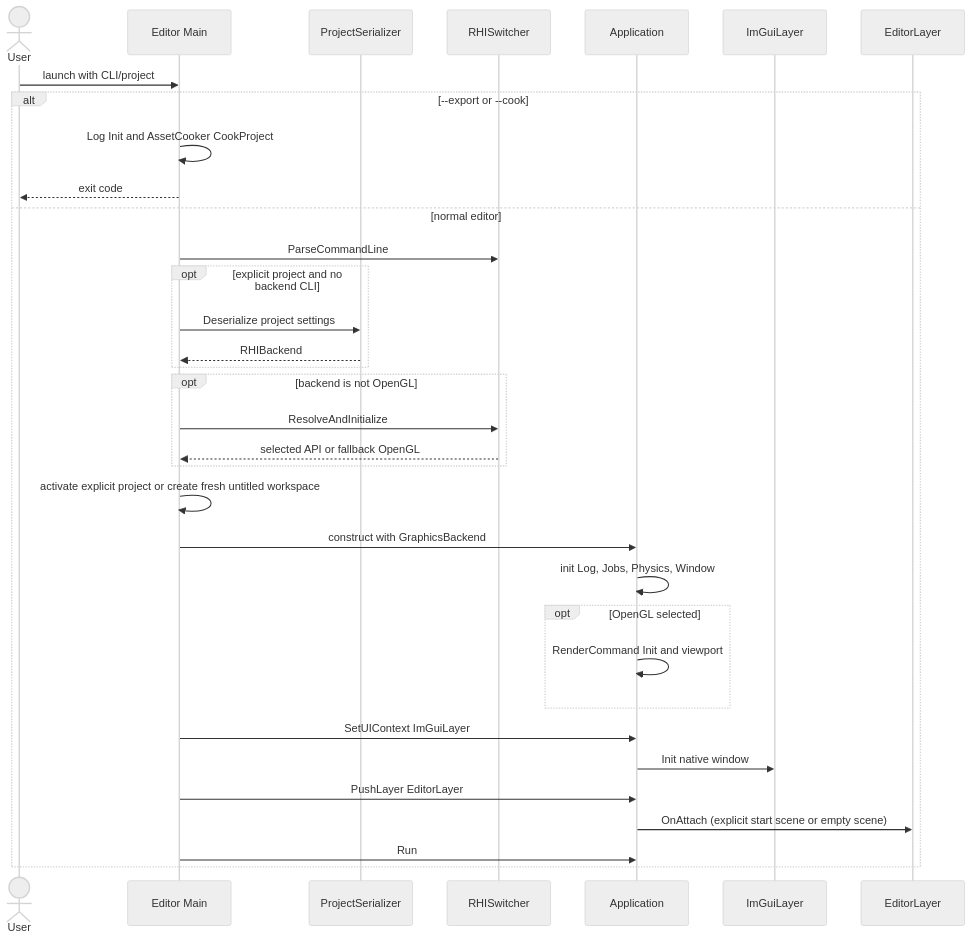
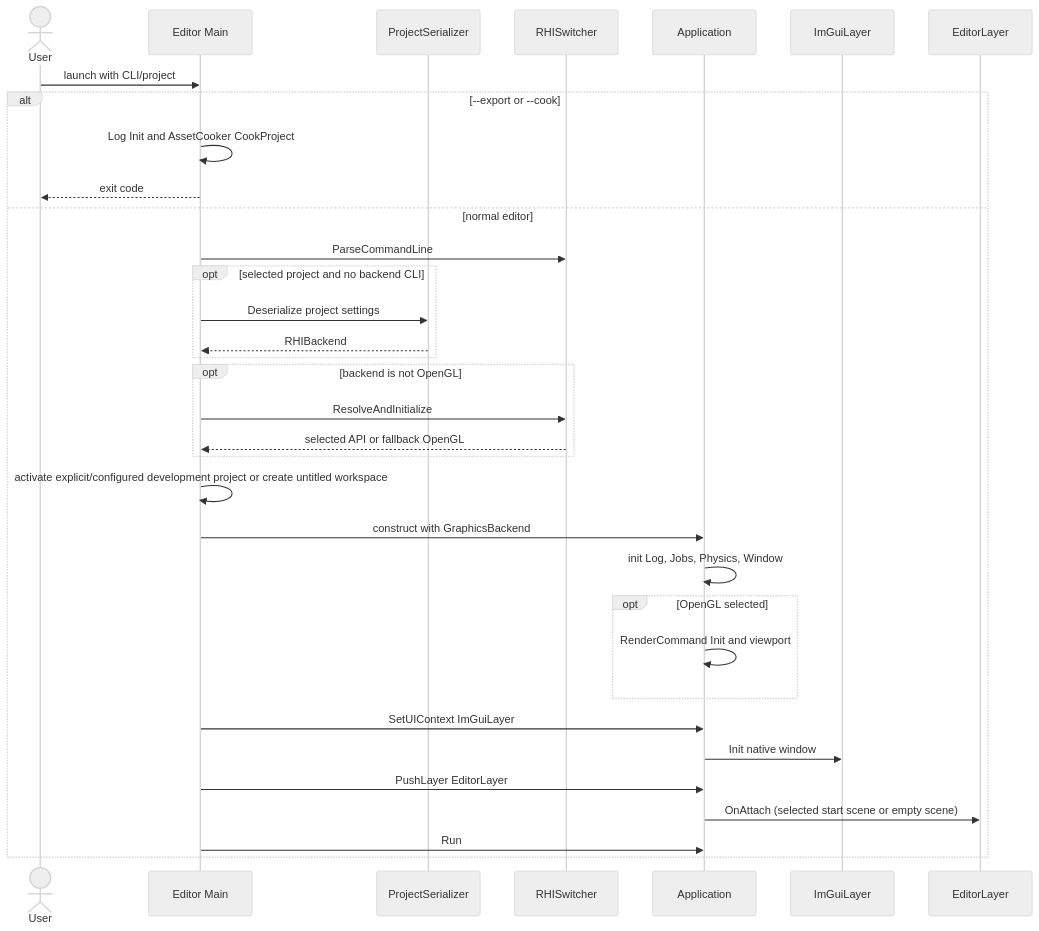
Before and after one commit to nguyenphong0210/AxleEngine: the first of 11 diagrams in docs/architecture/RUNTIME_FLOWS.md, drawn with Mermaid (neutral theme). The commit also changed other lines of this file and 8 other files, not shown here.

Commit message:
feat(editor): open a configured Samples project during development

````diff
--- a/docs/architecture/RUNTIME_FLOWS.md
+++ b/docs/architecture/RUNTIME_FLOWS.md
@@ -7,36 +7,36 @@
 ```mermaid
 sequenceDiagram
     actor User
     participant Main as Editor Main
     participant Config as ProjectSerializer
     participant Switch as RHISwitcher
     participant App as Application
     participant UI as ImGuiLayer
     participant Layer as EditorLayer
     User->>Main: launch with CLI/project
     alt --export or --cook
         Main->>Main: Log Init and AssetCooker CookProject
         Main-->>User: exit code
     else normal editor
         Main->>Switch: ParseCommandLine
-        opt explicit project and no backend CLI
+        opt selected project and no backend CLI
             Main->>Config: Deserialize project settings
             Config-->>Main: RHIBackend
         end
         opt backend is not OpenGL
             Main->>Switch: ResolveAndInitialize
             Switch-->>Main: selected API or fallback OpenGL
         end
-        Main->>Main: activate explicit project or create fresh untitled workspace
+        Main->>Main: activate explicit/configured development project or create untitled workspace
         Main->>App: construct with GraphicsBackend
         App->>App: init Log, Jobs, Physics, Window
         opt OpenGL selected
             App->>App: RenderCommand Init and viewport
         end
         Main->>App: SetUIContext ImGuiLayer
         App->>UI: Init native window
         Main->>App: PushLayer EditorLayer
-        App->>Layer: OnAttach (explicit start scene or empty scene)
+        App->>Layer: OnAttach (selected start scene or empty scene)
         Main->>App: Run
     end
 ```
````
